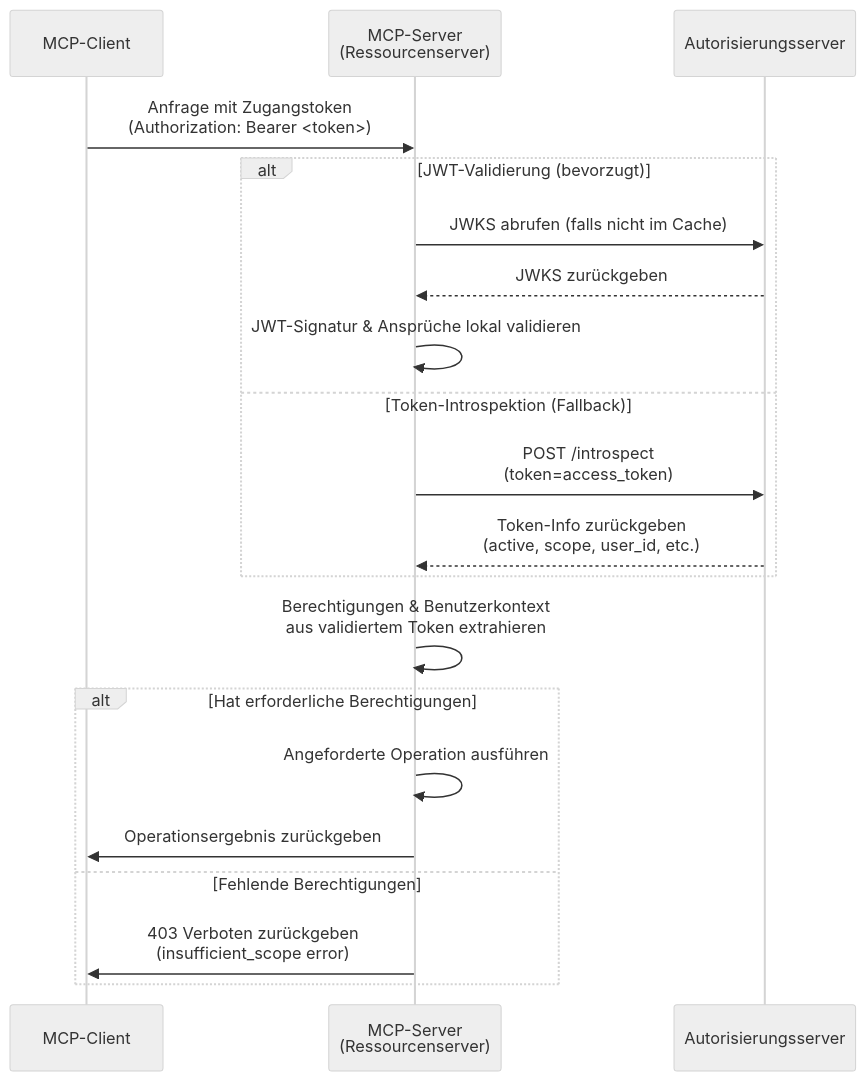
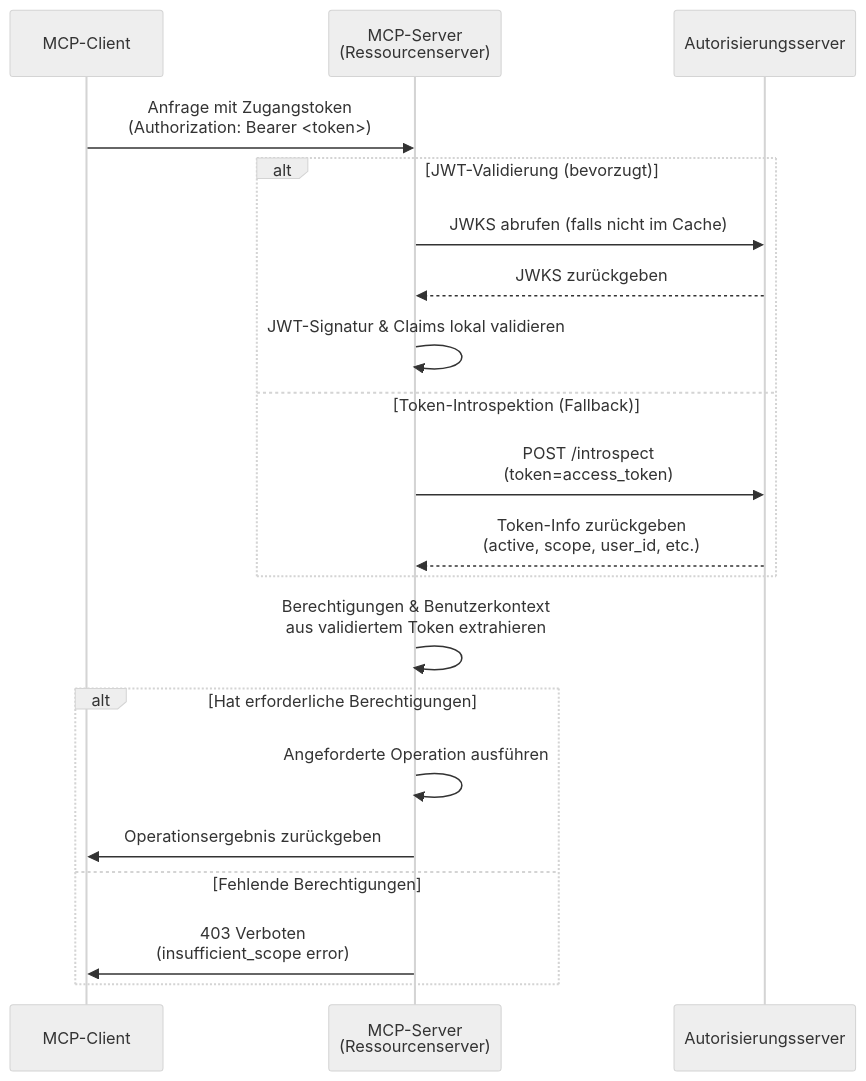
One commit to mcp-auth/docs changed the second of 2 diagrams in i18n/de/docusaurus-plugin-content-docs/current/tutorials/todo-manager/README.mdx. Above: the diagram before and after it, drawn with Mermaid (neutral theme). The commit also changed other lines of this file and 9 other files, not shown here.

````diff
--- a/i18n/de/docusaurus-plugin-content-docs/current/tutorials/todo-manager/README.mdx
+++ b/i18n/de/docusaurus-plugin-content-docs/current/tutorials/todo-manager/README.mdx
@@ -137,26 +137,26 @@
 ```mermaid
 sequenceDiagram
     participant Client as MCP-Client
     participant Server as MCP-Server<br/>(Ressourcenserver)
     participant Auth as Autorisierungsserver
 
     Client->>Server: Anfrage mit Zugangstoken<br/>(Authorization: Bearer <token>)
 
     alt JWT-Validierung (bevorzugt)
         Server->>Auth: JWKS abrufen (falls nicht im Cache)
         Auth-->>Server: JWKS zurückgeben
-        Server->>Server: JWT-Signatur & Ansprüche lokal validieren
+        Server->>Server: JWT-Signatur & Claims lokal validieren
     else Token-Introspektion (Fallback)
         Server->>Auth: POST /introspect<br/>(token=access_token)
         Auth-->>Server: Token-Info zurückgeben<br/>(active, scope, user_id, etc.)
     end
 
     Server->>Server: Berechtigungen & Benutzerkontext<br/>aus validiertem Token extrahieren
 
     alt Hat erforderliche Berechtigungen
         Server->>Server: Angeforderte Operation ausführen
         Server->>Client: Operationsergebnis zurückgeben
     else Fehlende Berechtigungen
-        Server->>Client: 403 Verboten zurückgeben<br/>(insufficient_scope error)
+        Server->>Client: 403 Verboten<br/>(insufficient_scope error)
     end
 ```
````
